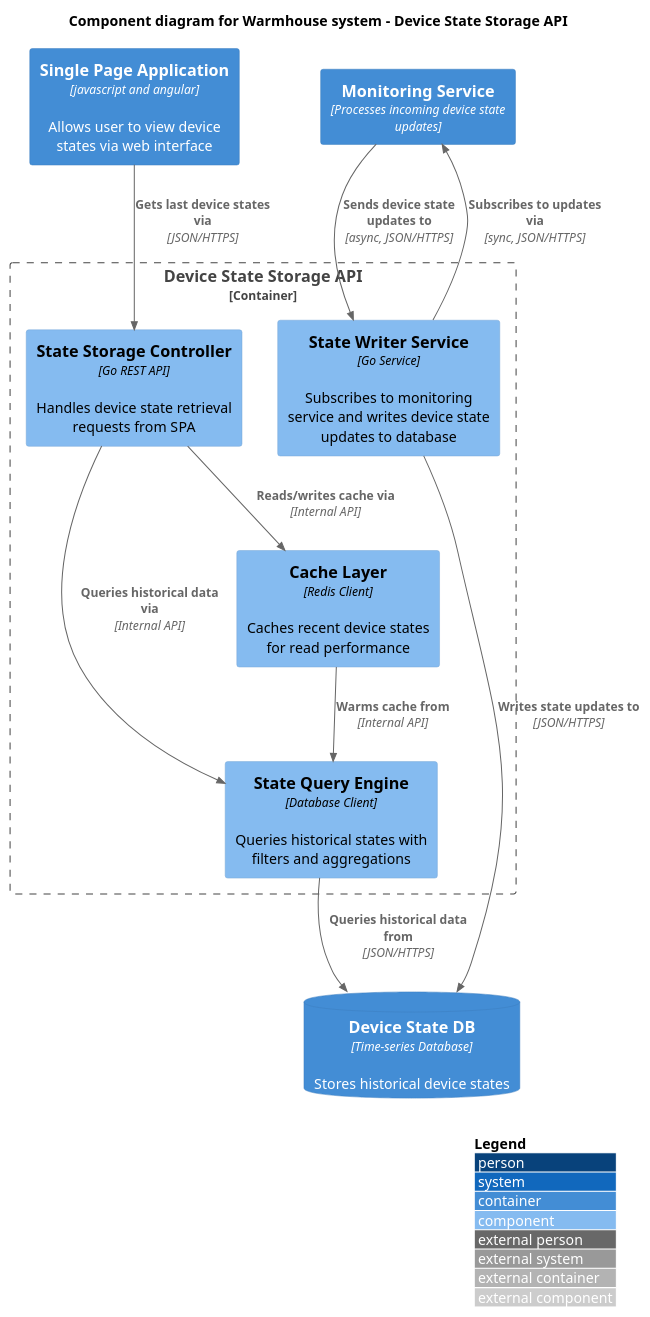
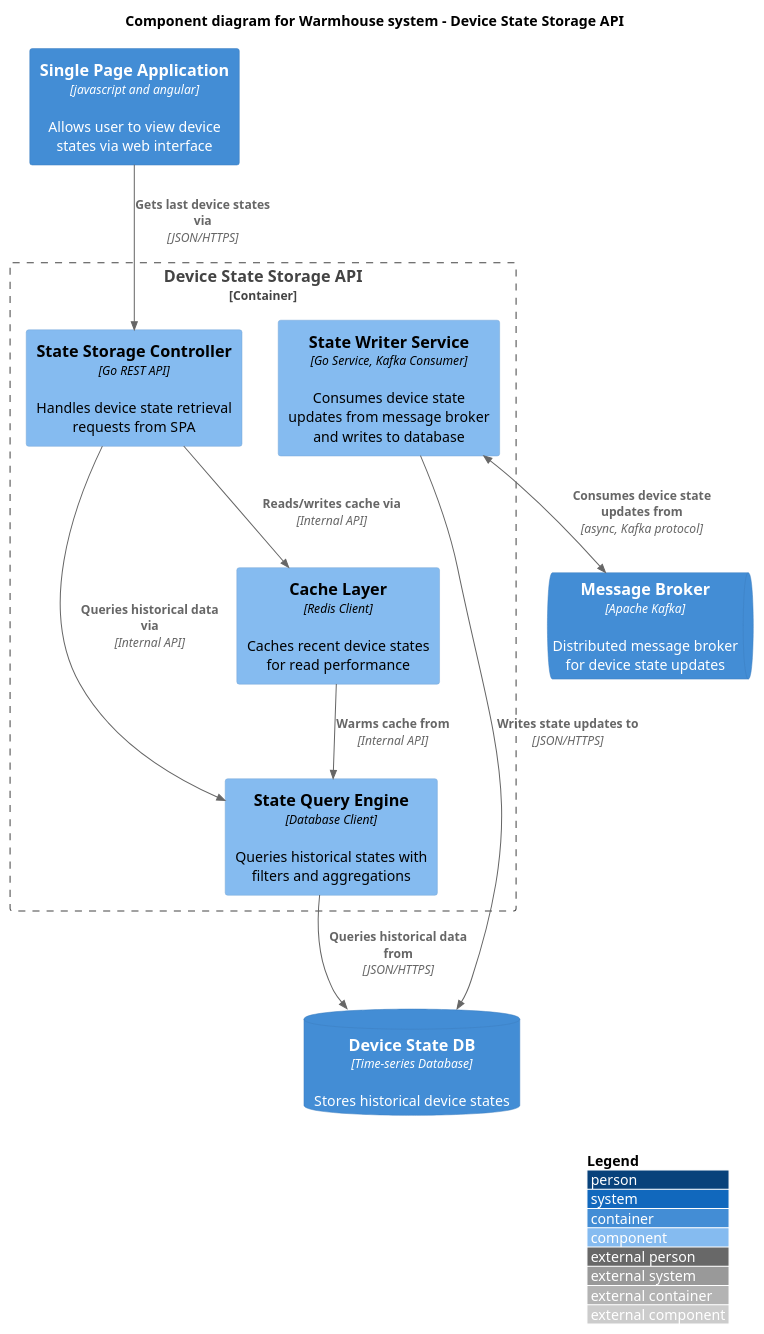
The diagram in diagrams/component/device_state_storage_api.puml (regu1yar/p1-architecture-warmhouse), drawn with PlantUML before and after one commit. The commit also changed 8 other files, not shown here.

Commit message:
Remove monitoring service, update workflow

```diff
--- a/diagrams/component/device_state_storage_api.puml
+++ b/diagrams/component/device_state_storage_api.puml
@@ -1,30 +1,29 @@
 @startuml
 !include https://raw.githubusercontent.com/plantuml-stdlib/C4-PlantUML/master/C4_Component.puml
 ' !include ../common/C4_Component.puml
 
 LAYOUT_WITH_LEGEND()
 
 title Component diagram for Warmhouse system - Device State Storage API
 
 Container(spa, "Single Page Application", "javascript and angular", "Allows user to view device states via web interface")
 ContainerDb(device_state_db, "Device State DB", "Time-series Database", "Stores historical device states")
-Container(monitoring_service, "Monitoring Service", "Processes incoming device state updates")
+ContainerQueue(message_broker, "Message Broker", "Apache Kafka", "Distributed message broker for device state updates")
 
 Container_Boundary(device_state_storage_api, "Device State Storage API") {
     Component(state_storage_controller, "State Storage Controller", "Go REST API", "Handles device state retrieval requests from SPA")
-    Component(state_writer_service, "State Writer Service", "Go Service", "Subscribes to monitoring service and writes device state updates to database")
+    Component(state_writer_service, "State Writer Service", "Go Service, Kafka Consumer", "Consumes device state updates from message broker and writes to database")
     Component(state_query_engine, "State Query Engine", "Database Client", "Queries historical states with filters and aggregations")
     Component(cache_layer, "Cache Layer", "Redis Client", "Caches recent device states for read performance")
 
     Rel(state_storage_controller, state_query_engine, "Queries historical data via", "Internal API")
     Rel(state_storage_controller, cache_layer, "Reads/writes cache via", "Internal API")
     Rel(state_writer_service, device_state_db, "Writes state updates to", "JSON/HTTPS")
     Rel(state_query_engine, device_state_db, "Queries historical data from", "JSON/HTTPS")
     Rel(cache_layer, state_query_engine, "Warms cache from", "Internal API")
 }
 
 Rel(spa, state_storage_controller, "Gets last device states via", "JSON/HTTPS")
-Rel(state_writer_service, monitoring_service, "Subscribes to updates via", "sync, JSON/HTTPS")
-Rel(monitoring_service, state_writer_service, "Sends device state updates to", "async, JSON/HTTPS")
+BiRel(state_writer_service, message_broker, "Consumes device state updates from", "async, Kafka protocol")
 
 @enduml
```
